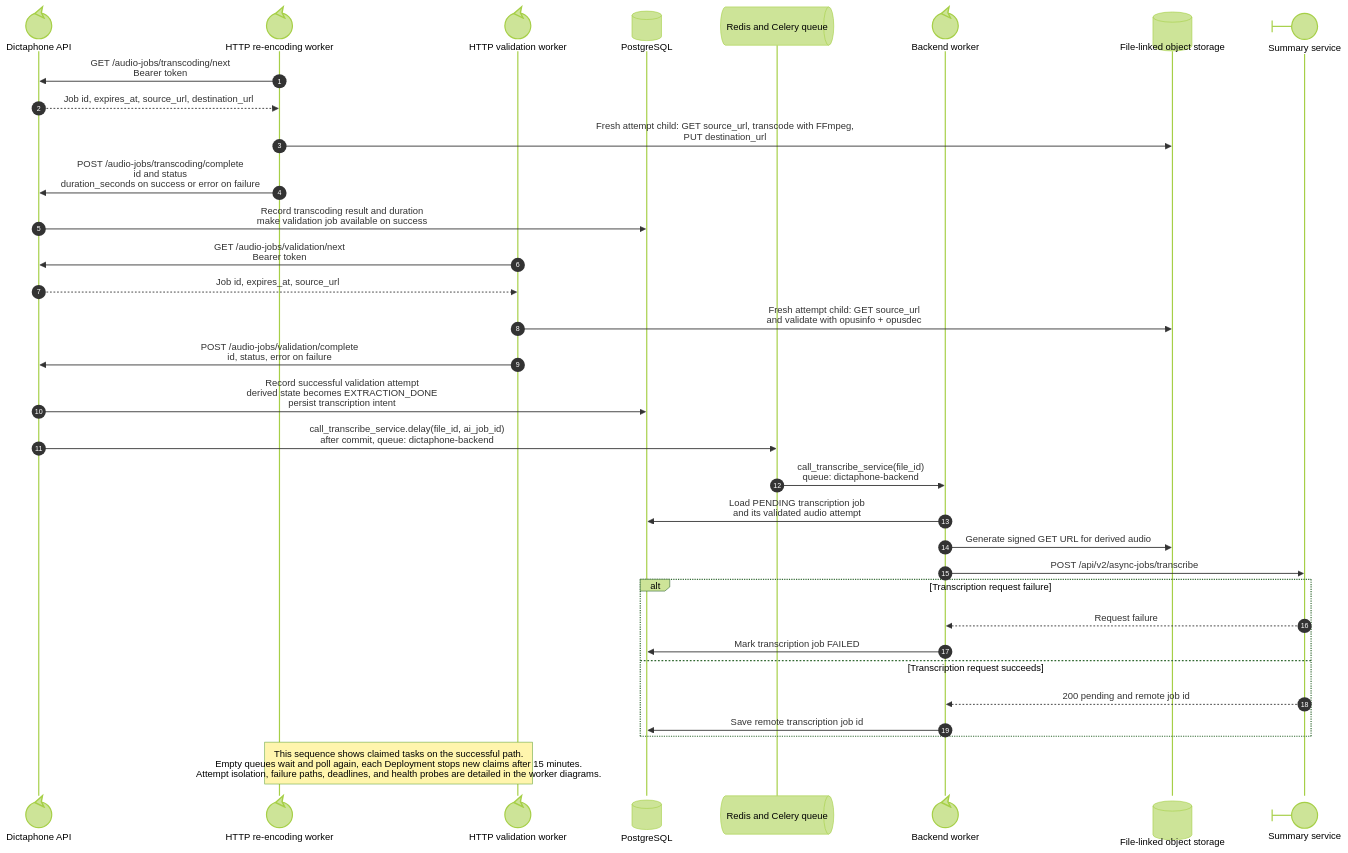
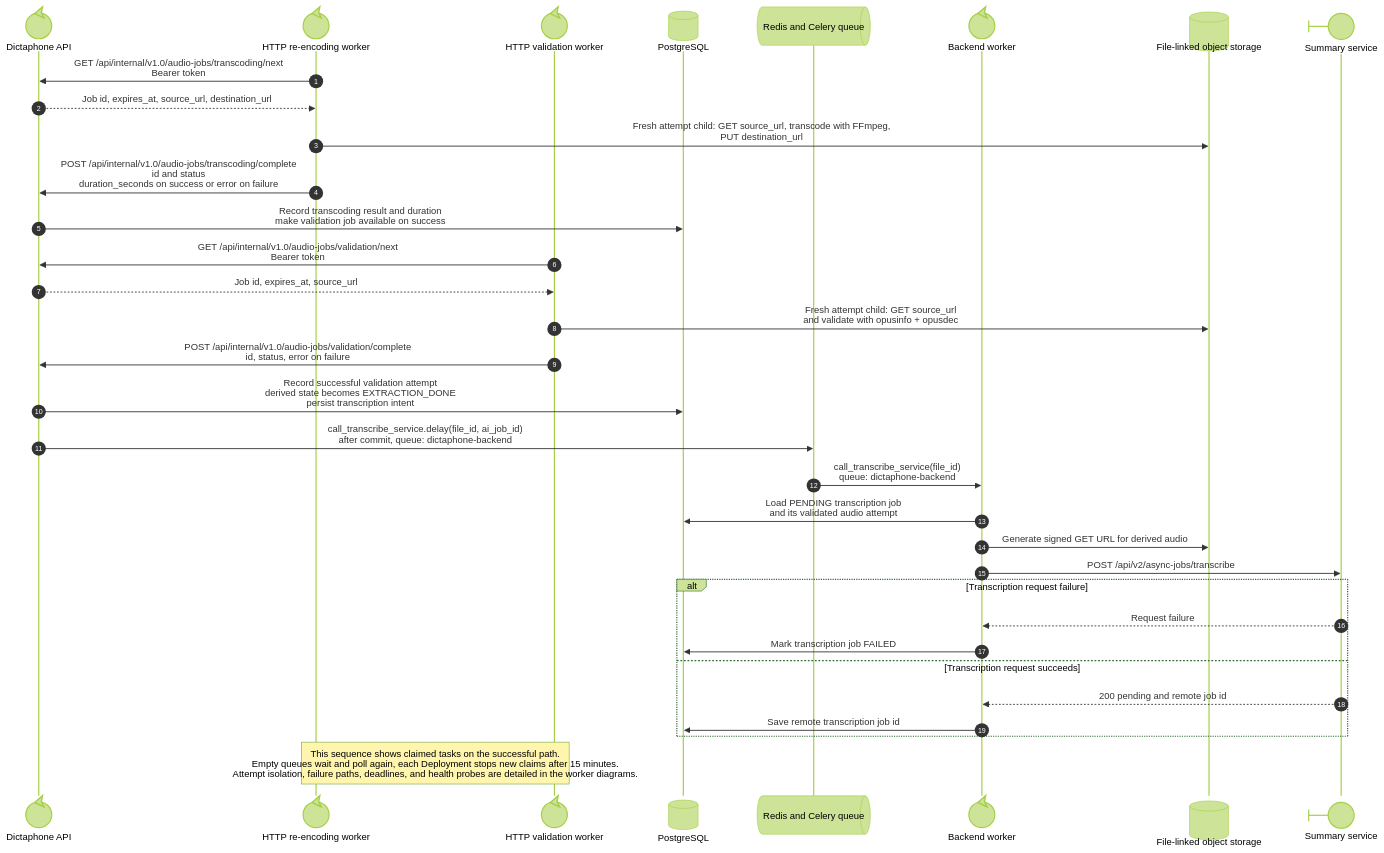
The diagram in docs/diagrams/file-processing-sequence.mmd (suitenumerique/dictaphone), drawn with Mermaid (forest theme) before and after one commit. The commit also changed 15 other files, not shown here.

First line of the commit message:
✨(audio-extraction) prefix routes with /api/internal/v1.0

```diff
--- a/docs/diagrams/file-processing-sequence.mmd
+++ b/docs/diagrams/file-processing-sequence.mmd
@@ -1,36 +1,36 @@
 sequenceDiagram
     autonumber
     participant API@{ "type": "control" } as Dictaphone API
     participant Reencoder@{ "type": "control" } as HTTP re-encoding worker
     participant Validator@{ "type": "control" } as HTTP validation worker
     participant DB@{ "type": "database" } as PostgreSQL
     participant Queue@{ "type": "queue" } as Redis and Celery queue
     participant Backend@{ "type": "control" } as Backend worker
     participant FileStore@{ "type": "database" } as File-linked object storage
     participant Summary@{ "type": "boundary" } as Summary service
 
-    Reencoder->>API: GET /audio-jobs/transcoding/next<br/>Bearer token
+    Reencoder->>API: GET /api/internal/v1.0/audio-jobs/transcoding/next<br/>Bearer token
     API-->>Reencoder: Job id, expires_at, source_url, destination_url
     Reencoder->>FileStore: Fresh attempt child: GET source_url, transcode with FFmpeg,<br/>PUT destination_url
-    Reencoder->>API: POST /audio-jobs/transcoding/complete<br/>id and status<br/>duration_seconds on success or error on failure
+    Reencoder->>API: POST /api/internal/v1.0/audio-jobs/transcoding/complete<br/>id and status<br/>duration_seconds on success or error on failure
     API->>DB: Record transcoding result and duration<br/>make validation job available on success
-    Validator->>API: GET /audio-jobs/validation/next<br/>Bearer token
+    Validator->>API: GET /api/internal/v1.0/audio-jobs/validation/next<br/>Bearer token
     API-->>Validator: Job id, expires_at, source_url
     Validator->>FileStore: Fresh attempt child: GET source_url<br/>and validate with opusinfo + opusdec
-    Validator->>API: POST /audio-jobs/validation/complete<br/>id, status, error on failure
+    Validator->>API: POST /api/internal/v1.0/audio-jobs/validation/complete<br/>id, status, error on failure
     API->>DB: Record successful validation attempt<br/>derived state becomes EXTRACTION_DONE<br/>persist transcription intent
     API->>Queue: call_transcribe_service.delay(file_id, ai_job_id)<br/>after commit, queue: dictaphone-backend
     Queue->>Backend: call_transcribe_service(file_id)<br/>queue: dictaphone-backend
     Backend->>DB: Load PENDING transcription job<br/>and its validated audio attempt
     Backend->>FileStore: Generate signed GET URL for derived audio
     Backend->>Summary: POST /api/v2/async-jobs/transcribe
 
     alt Transcription request failure
         Summary-->>Backend: Request failure
         Backend->>DB: Mark transcription job FAILED
     else Transcription request succeeds
         Summary-->>Backend: 200 pending and remote job id
         Backend->>DB: Save remote transcription job id
     end
 
     Note over Reencoder,Validator: This sequence shows claimed tasks on the successful path.<br/>Empty queues wait and poll again, each Deployment stops new claims after 15 minutes.<br/>Attempt isolation, failure paths, deadlines, and health probes are detailed in the worker diagrams.
```
